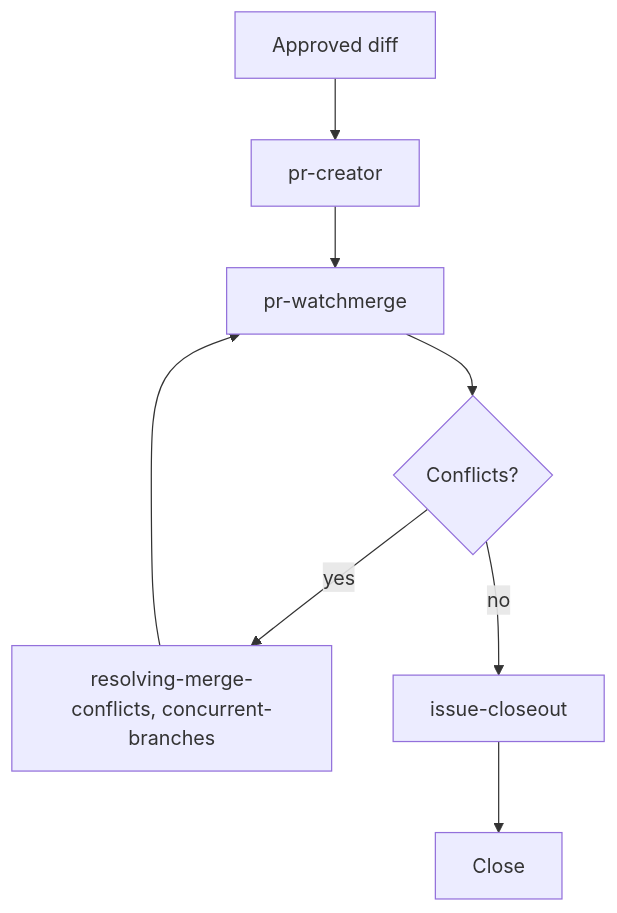
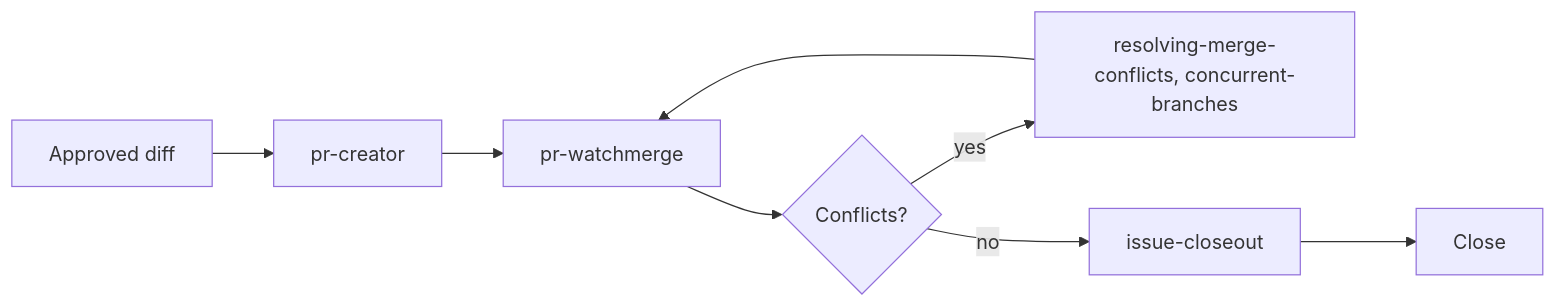
The eighth of 14 diagrams in docs/skill-guide.md (FAZuH/agent), drawn with Mermaid before and after one commit. The commit also changed other lines of this file and 1 other file, not shown here.

````diff
--- a/docs/skill-guide.md
+++ b/docs/skill-guide.md
@@ -182,10 +166,10 @@
 ```mermaid
-flowchart TD
+flowchart LR
   G[Approved diff] --> P[pr-creator]
   P --> W[pr-watchmerge]
   W --> C{Conflicts?}
   C -->|yes| R[resolving-merge-conflicts, concurrent-branches]
   R --> W
   C -->|no| I[issue-closeout]
   I --> Cl[Close]
 ```
````
